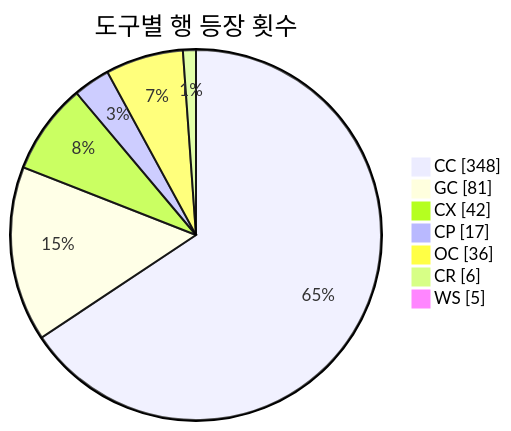
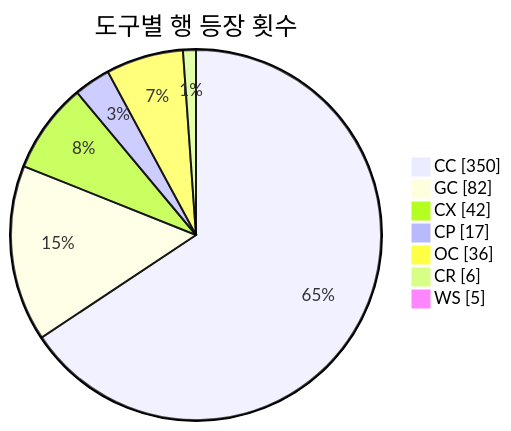
One commit to J-nowcow/awesome-korean-agent-skills changed the second of 3 diagrams in README.md. Above: the diagram before and after it, drawn with Mermaid. The commit also changed other lines of this file and 5 other files, not shown here.

````diff
--- a/README.md
+++ b/README.md
@@ -193,11 +193,11 @@
 ```mermaid
 pie showData
     title 도구별 행 등장 횟수
-    "CC" : 348
-    "GC" : 81
+    "CC" : 350
+    "GC" : 82
     "CX" : 42
     "CP" : 17
     "OC" : 36
     "CR" : 6
     "WS" : 5
 ```
````
